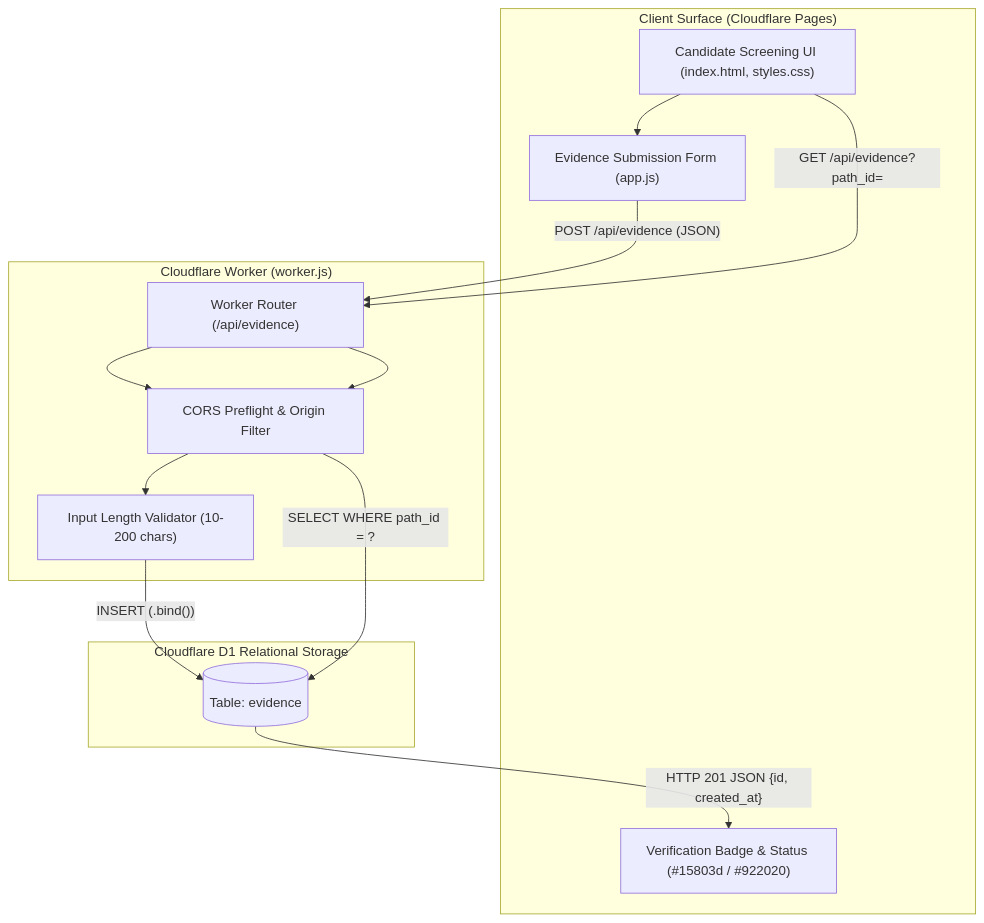
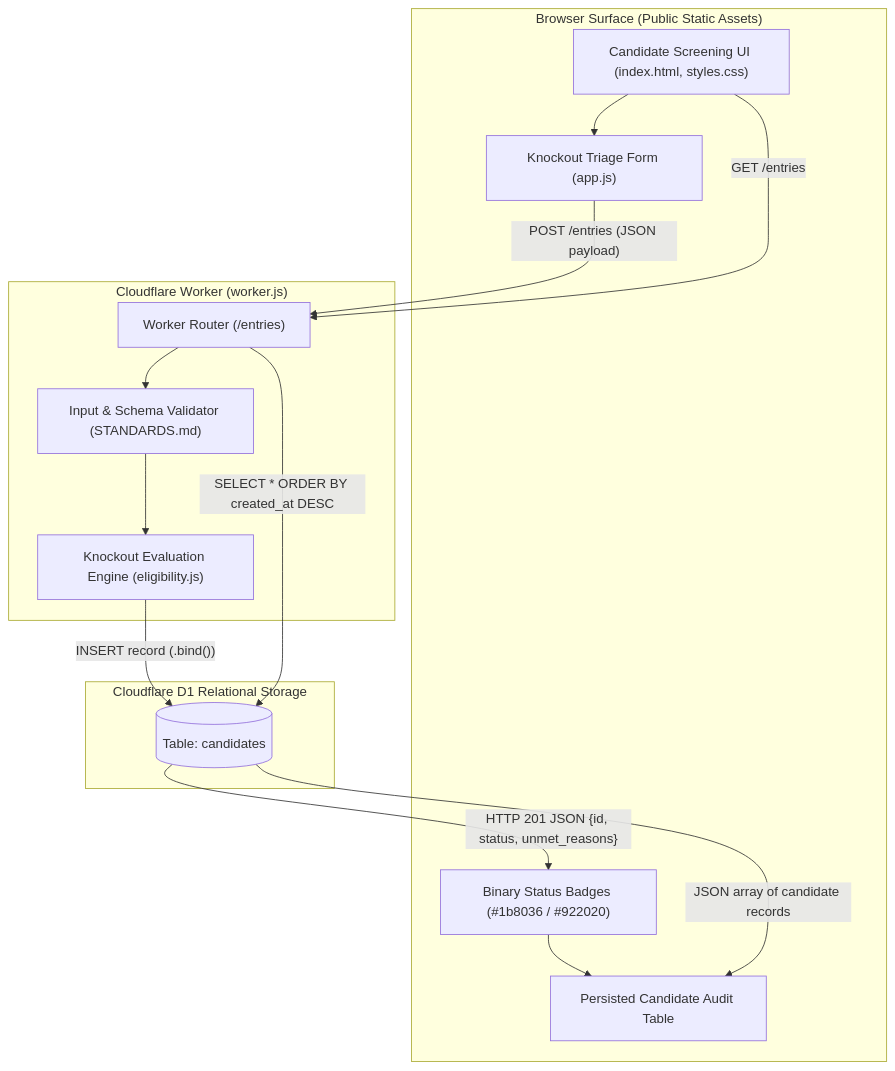
One commit to Kcornett533/mgt3745-team-beta changed the diagram in context/ARCHITECTURE.md. Above: the diagram before and after it, drawn with Mermaid. The commit also changed other lines of this file and 1 other file, not shown here.

Commit message:
fix(arch): align ADR-002, candidates schema, and Mermaid diagram

````diff
--- a/context/ARCHITECTURE.md
+++ b/context/ARCHITECTURE.md
@@ -123,28 +130,30 @@
 ```mermaid
 flowchart TD
-    subgraph Browser ["Client Surface (Cloudflare Pages)"]
+    subgraph Client ["Browser Surface (Public Static Assets)"]
         UI["Candidate Screening UI (index.html, styles.css)"]
-        Form["Evidence Submission Form (app.js)"]
-        Badge["Verification Badge & Status (#15803d / #922020)"]
+        Form["Knockout Triage Form (app.js)"]
+        Badge["Binary Status Badges (#1b8036 / #922020)"]
+        AuditList["Persisted Candidate Audit Table"]
     end
 
     subgraph Edge ["Cloudflare Worker (worker.js)"]
-        Router["Worker Router (/api/evidence)"]
-        CORS["CORS Preflight & Origin Filter"]
-        Validator["Input Length Validator (10-200 chars)"]
+        Router["Worker Router (/entries)"]
+        Validator["Input & Schema Validator (STANDARDS.md)"]
+        Engine["Knockout Evaluation Engine (eligibility.js)"]
     end
 
     subgraph Storage ["Cloudflare D1 Relational Storage"]
-        D1_Evidence[("Table: evidence")]
+        D1_Cand[("Table: candidates")]
     end
 
     UI --> Form
-    Form -->|"POST /api/evidence (JSON)"| Router
-    Router --> CORS
-    CORS --> Validator
-    Validator -->|"INSERT (.bind())"| D1_Evidence
-    D1_Evidence -->|"HTTP 201 JSON {id, created_at}"| Badge
-    UI -->|"GET /api/evidence?path_id=" | Router
-    Router --> CORS
-    CORS -->|"SELECT WHERE path_id = ?"| D1_Evidence
+    Form -->|"POST /entries (JSON payload)"| Router
+    Router --> Validator
+    Validator --> Engine
+    Engine -->|"INSERT record (.bind())"| D1_Cand
+    D1_Cand -->|"HTTP 201 JSON {id, status, unmet_reasons}"| Badge
+    Badge --> AuditList
+    UI -->|"GET /entries"| Router
+    Router -->|"SELECT * ORDER BY created_at DESC"| D1_Cand
+    D1_Cand -->|"JSON array of candidate records"| AuditList
 ```
````
